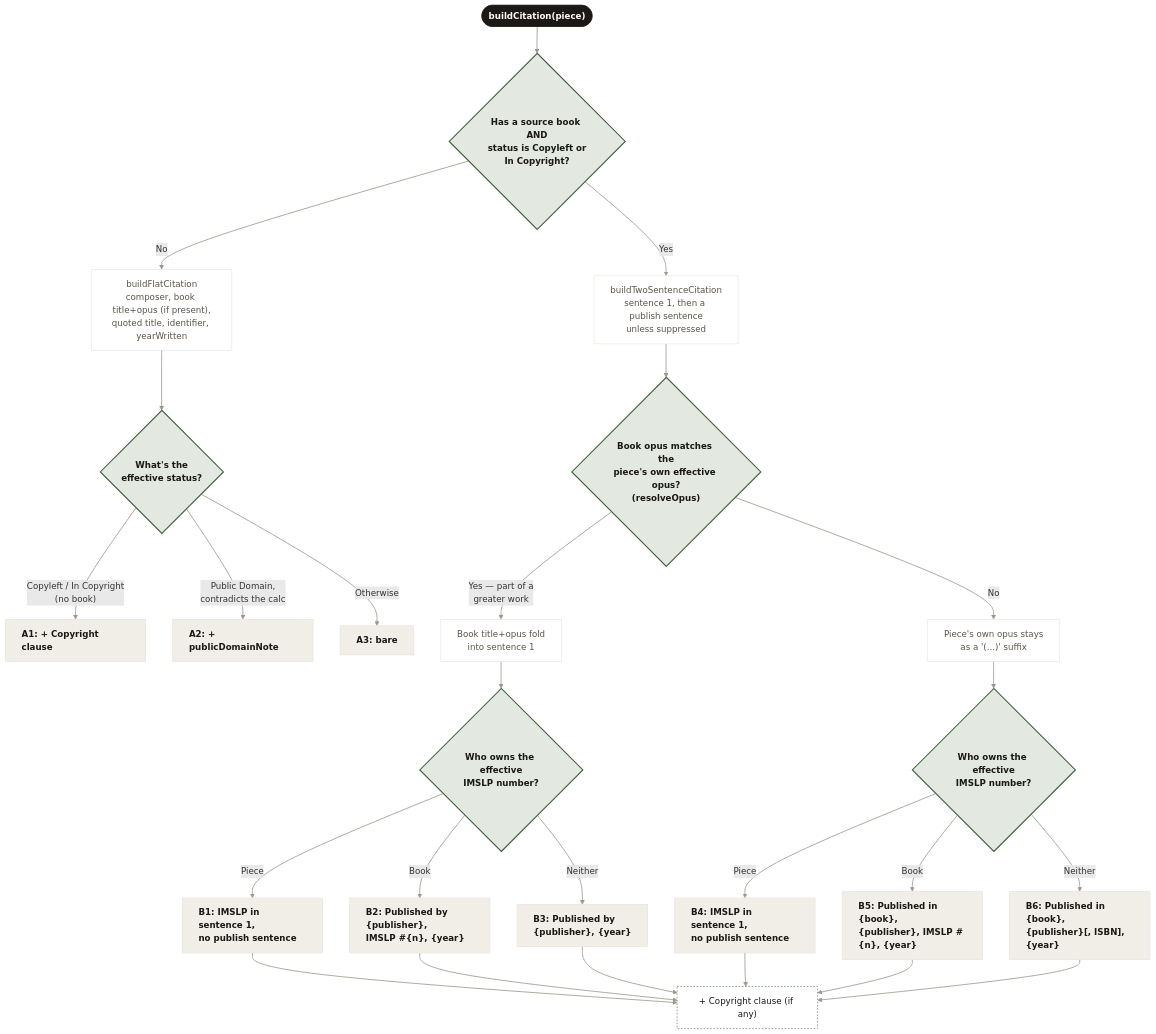
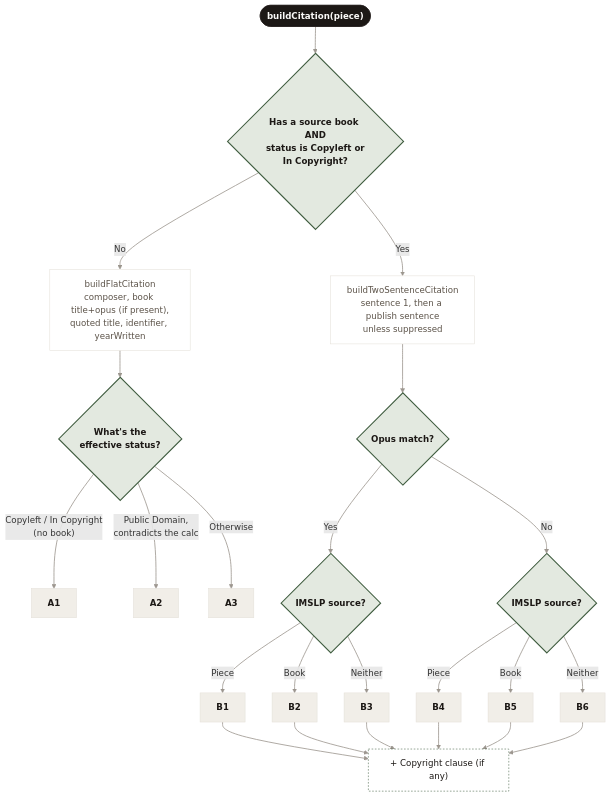
Before and after one commit to jpcranford/sonneck: the diagram in frontend/src/assets/diagrams/citation-logic-flowchart.mmd, drawn with Mermaid. The commit also changed 2 other files, not shown here.

Commit message:
Update citation logic flowchart

```diff
--- a/frontend/src/assets/diagrams/citation-logic-flowchart.mmd
+++ b/frontend/src/assets/diagrams/citation-logic-flowchart.mmd
@@ -1,58 +1,59 @@
 %% Source for CitationLogicMockup.tsx's flowchart image — mirrors
 %% internal/handlers/citation.go's own branching (buildCitation /
 %% buildFlatCitation / buildTwoSentenceCitation). Regenerate the sibling
 %% .svg after any edit here (from frontend/src/assets/diagrams/):
 %%   npx -y @mermaid-js/mermaid-cli -i citation-logic-flowchart.mmd \
 %%     -o citation-logic-flowchart.svg \
 %%     -c citation-logic-flowchart.config.json -b transparent
 %% Leaf labels (A1-A3, B1-B6) are cross-referenced by the same IDs in the
-%% real page's leaf-example grid below the image — keep both in sync; see
-%% memory frontend_citation_logic_mockup.md for the full standing rule.
+%% real page's leaf-example grid/table below the image — keep both in sync;
+%% see memory frontend_citation_logic_mockup.md for the full standing rule.
+%% Path B's leaf boxes deliberately stay terse ("B1", not the full pattern
+%% text) — the decisions themselves (opus match, IMSLP source) are real
+%% diamonds here, but each leaf's actual worked example lives only in the
+%% Path B table below, not duplicated onto the diagram a second time.
 flowchart TD
     Start(["buildCitation(piece)"])
     D1{"Has a source book AND<br/>status is Copyleft or<br/>In Copyright?"}
     Start --> D1
 
     D1 -- No --> Flat["buildFlatCitation<br/>composer, book title+opus (if present),<br/>quoted title, identifier, yearWritten"]
     D1 -- Yes --> Two["buildTwoSentenceCitation<br/>sentence 1, then a publish sentence<br/>unless suppressed"]
 
     Flat --> D2{"What's the<br/>effective status?"}
-    D2 -- "Copyleft / In Copyright<br/>(no book)" --> A1["A1: + Copyright clause"]
-    D2 -- "Public Domain,<br/>contradicts the calc" --> A2["A2: + publicDomainNote"]
-    D2 -- "Otherwise" --> A3["A3: bare"]
+    D2 -- "Copyleft / In Copyright<br/>(no book)" --> A1["A1"]
+    D2 -- "Public Domain,<br/>contradicts the calc" --> A2["A2"]
+    D2 -- "Otherwise" --> A3["A3"]
 
-    Two --> D3{"Book opus matches the<br/>piece's own effective opus?<br/>(resolveOpus)"}
-    D3 -- "Yes &mdash; part of a<br/>greater work" --> M["Book title+opus fold<br/>into sentence 1"]
-    D3 -- No --> N["Piece's own opus stays<br/>as a '(...)' suffix"]
+    Two --> D3{"Opus match?"}
+    D3 -- Yes --> D4{"IMSLP source?"}
+    D3 -- No --> D5{"IMSLP source?"}
 
-    M --> D4{"Who owns the effective<br/>IMSLP number?"}
-    N --> D5{"Who owns the effective<br/>IMSLP number?"}
+    D4 -- Piece --> B1["B1"]
+    D4 -- Book --> B2["B2"]
+    D4 -- Neither --> B3["B3"]
 
-    D4 -- Piece --> B1["B1: IMSLP in sentence 1,<br/>no publish sentence"]
-    D4 -- Book --> B2["B2: Published by {publisher},<br/>IMSLP #{n}, {year}"]
-    D4 -- Neither --> B3["B3: Published by<br/>{publisher}, {year}"]
-
-    D5 -- Piece --> B4["B4: IMSLP in sentence 1,<br/>no publish sentence"]
-    D5 -- Book --> B5["B5: Published in {book},<br/>{publisher}, IMSLP #{n}, {year}"]
-    D5 -- Neither --> B6["B6: Published in {book},<br/>{publisher}[, ISBN], {year}"]
+    D5 -- Piece --> B4["B4"]
+    D5 -- Book --> B5["B5"]
+    D5 -- Neither --> B6["B6"]
 
     B1 --> CC["+ Copyright clause (if any)"]
     B2 --> CC
     B3 --> CC
     B4 --> CC
     B5 --> CC
     B6 --> CC
 
     classDef startNode fill:#1c1815,stroke:#1c1815,color:#fbfaf8,font-weight:bold,rx:20,ry:20;
     classDef decision fill:#e3e9e0,stroke:#3f5c3f,stroke-width:2px,color:#1c1815,font-weight:bold;
     classDef step fill:#ffffff,stroke:#e4e0d8,color:#5c5349;
-    classDef leaf fill:#f1eee8,stroke:#e4e0d8,color:#1c1815,font-weight:bold,text-align:left;
+    classDef leaf fill:#f1eee8,stroke:#e4e0d8,color:#1c1815,font-weight:bold;
     classDef converge fill:#ffffff,stroke:#3f5c3f,color:#1c1815,stroke-dasharray: 3 3;
 
     class Start startNode
     class D1,D2,D3,D4,D5 decision
-    class Flat,Two,M,N step
+    class Flat,Two step
     class A1,A2,A3,B1,B2,B3,B4,B5,B6 leaf
     class CC converge
 
     linkStyle default stroke:#9c968f,stroke-width:1.5px;
```
